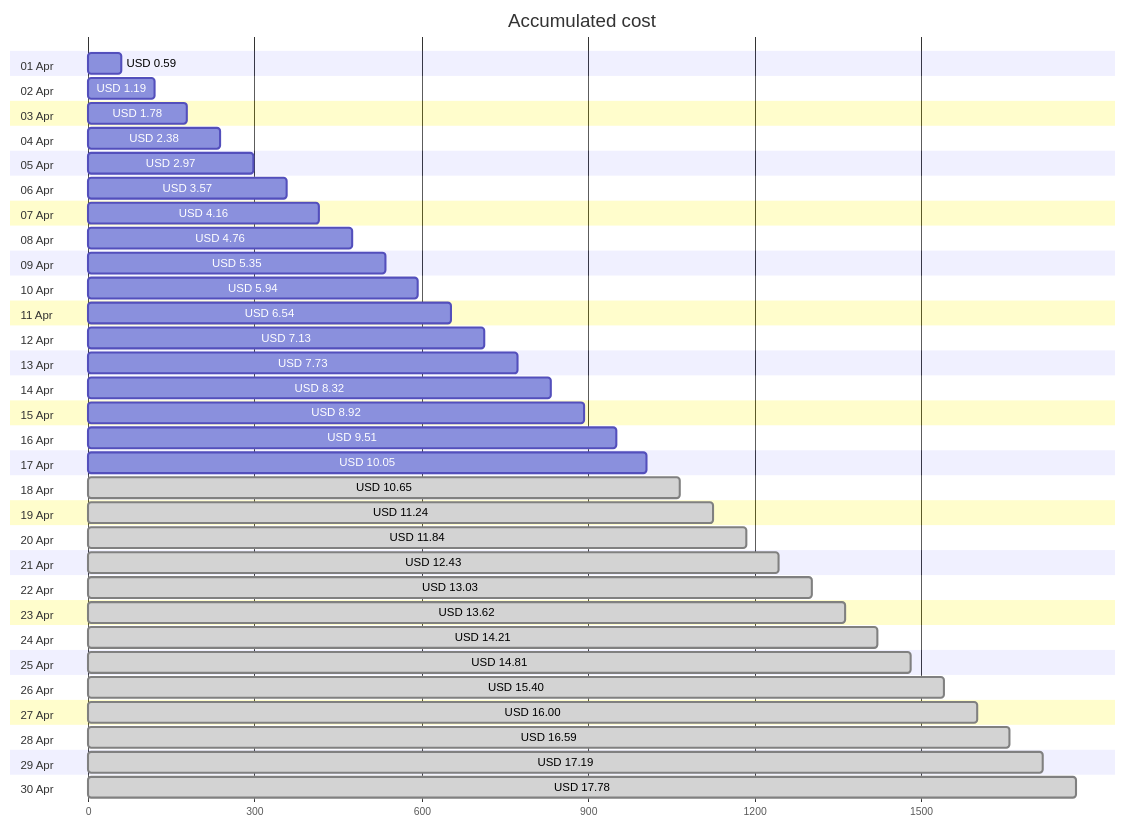
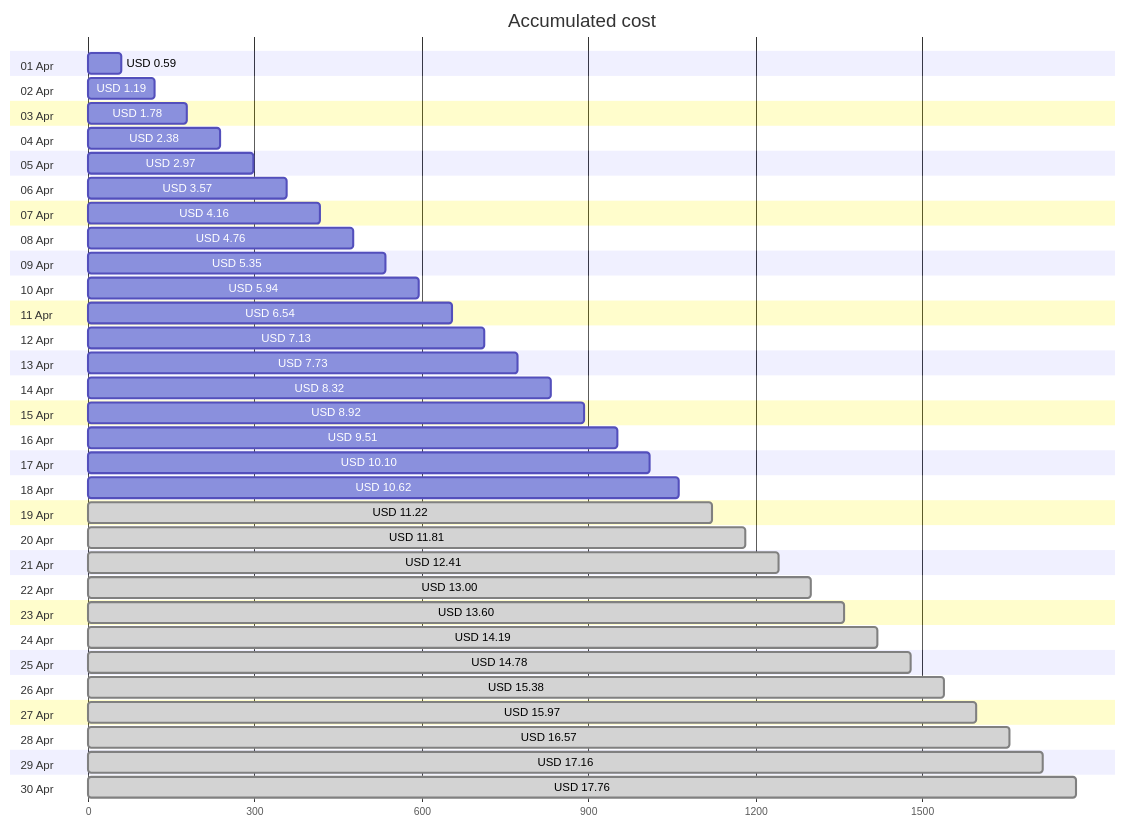
One commit to jpfulton/azure-personal-reports changed the first of 4 diagrams in cost-reports/personal-site/README.md. Above: the diagram before and after it, drawn with Mermaid. The commit also changed other lines of this file and 6 other files, not shown here.

````diff
--- a/cost-reports/personal-site/README.md
+++ b/cost-reports/personal-site/README.md
@@ -20,66 +20,66 @@
 ```mermaid
 gantt
    title Accumulated cost
    dateFormat  X
    axisFormat %s
    section 01 Apr
    USD 0.59 :0, 59
    section 02 Apr
    USD 1.19 :0, 119
    section 03 Apr
    USD 1.78 :0, 178
    section 04 Apr
    USD 2.38 :0, 238
    section 05 Apr
    USD 2.97 :0, 297
    section 06 Apr
    USD 3.57 :0, 357
    section 07 Apr
    USD 4.16 :0, 416
    section 08 Apr
    USD 4.76 :0, 476
    section 09 Apr
    USD 5.35 :0, 535
    section 10 Apr
    USD 5.94 :0, 594
    section 11 Apr
    USD 6.54 :0, 654
    section 12 Apr
    USD 7.13 :0, 713
    section 13 Apr
    USD 7.73 :0, 773
    section 14 Apr
    USD 8.32 :0, 832
    section 15 Apr
    USD 8.92 :0, 892
    section 16 Apr
    USD 9.51 :0, 951
    section 17 Apr
-   USD 10.05 :0, 1005
+   USD 10.10 :0, 1010
    section 18 Apr
-   USD 10.65 : done, 0, 1065
+   USD 10.62 :0, 1062
    section 19 Apr
-   USD 11.24 : done, 0, 1124
+   USD 11.22 : done, 0, 1122
    section 20 Apr
-   USD 11.84 : done, 0, 1184
+   USD 11.81 : done, 0, 1181
    section 21 Apr
-   USD 12.43 : done, 0, 1243
+   USD 12.41 : done, 0, 1241
    section 22 Apr
-   USD 13.03 : done, 0, 1303
+   USD 13.00 : done, 0, 1300
    section 23 Apr
-   USD 13.62 : done, 0, 1362
+   USD 13.60 : done, 0, 1360
    section 24 Apr
-   USD 14.21 : done, 0, 1421
+   USD 14.19 : done, 0, 1419
    section 25 Apr
-   USD 14.81 : done, 0, 1481
+   USD 14.78 : done, 0, 1478
    section 26 Apr
-   USD 15.40 : done, 0, 1540
+   USD 15.38 : done, 0, 1538
    section 27 Apr
-   USD 16.00 : done, 0, 1600
+   USD 15.97 : done, 0, 1597
    section 28 Apr
-   USD 16.59 : done, 0, 1659
+   USD 16.57 : done, 0, 1657
    section 29 Apr
-   USD 17.19 : done, 0, 1719
+   USD 17.16 : done, 0, 1716
    section 30 Apr
-   USD 17.78 : done, 0, 1778
+   USD 17.76 : done, 0, 1776
 ```
````
